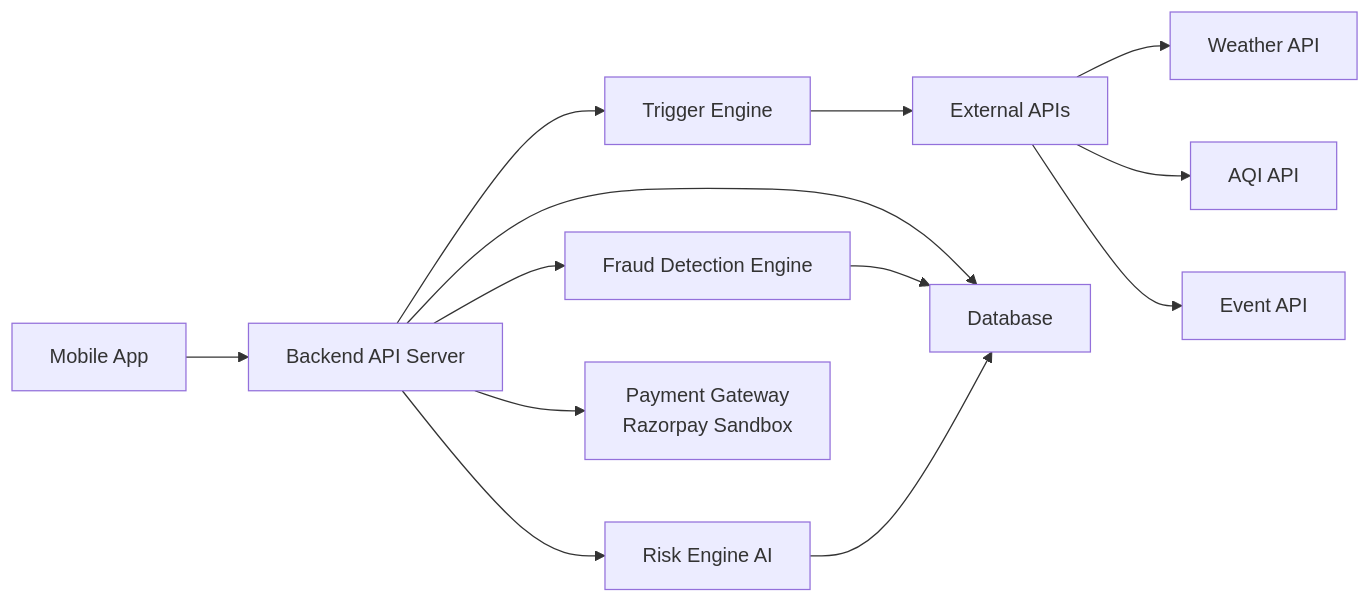
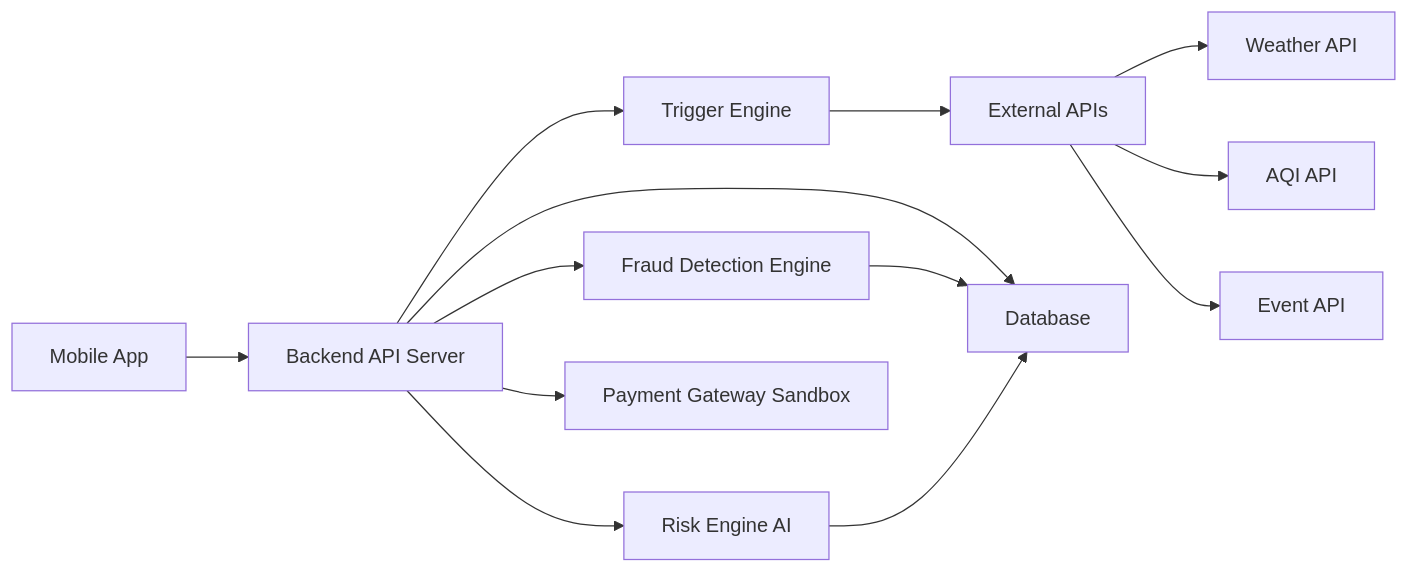
The fourth of 4 diagrams in README.md (Neroschizoid/GuidewireDEVTrails2026-Hackathon), drawn with Mermaid before and after one commit. The commit also changed other lines of this file, not shown here.

````diff
--- a/README.md
+++ b/README.md
@@ -711,20 +711,20 @@
 ```mermaid
 flowchart LR
     A[Mobile App] --> B[Backend API Server]
 
     B --> C[Risk Engine AI]
     B --> D[Trigger Engine]
     B --> E[Fraud Detection Engine]
 
     D --> F[External APIs]
     F --> F1[Weather API]
     F --> F2[AQI API]
     F --> F3[Event API]
 
     B --> G[Database]
 
     E --> G
     C --> G
 
-    B --> H[Payment Gateway<br>Razorpay Sandbox]
+    B --> H[Payment Gateway Sandbox]
 ```
````
